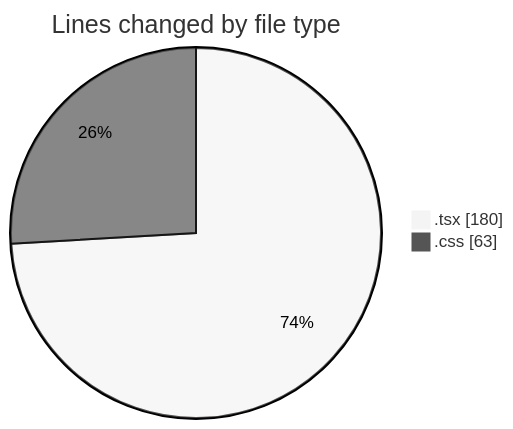
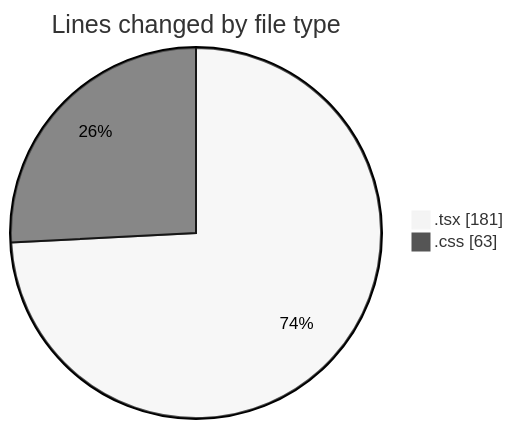
One commit to EIIisD/code-tracking changed the first of 2 diagrams in 2025-08-04/tw-server/README.md. Above: the diagram before and after it, drawn with Mermaid (neutral theme). The commit also changed other lines of this file and 1 other file, not shown here.

````diff
--- a/2025-08-04/tw-server/README.md
+++ b/2025-08-04/tw-server/README.md
@@ -22,6 +22,6 @@
 ```mermaid
 pie showData
 title Lines changed by file type
-".tsx" : 180
+".tsx" : 181
 ".css" : 63
 ```
````
